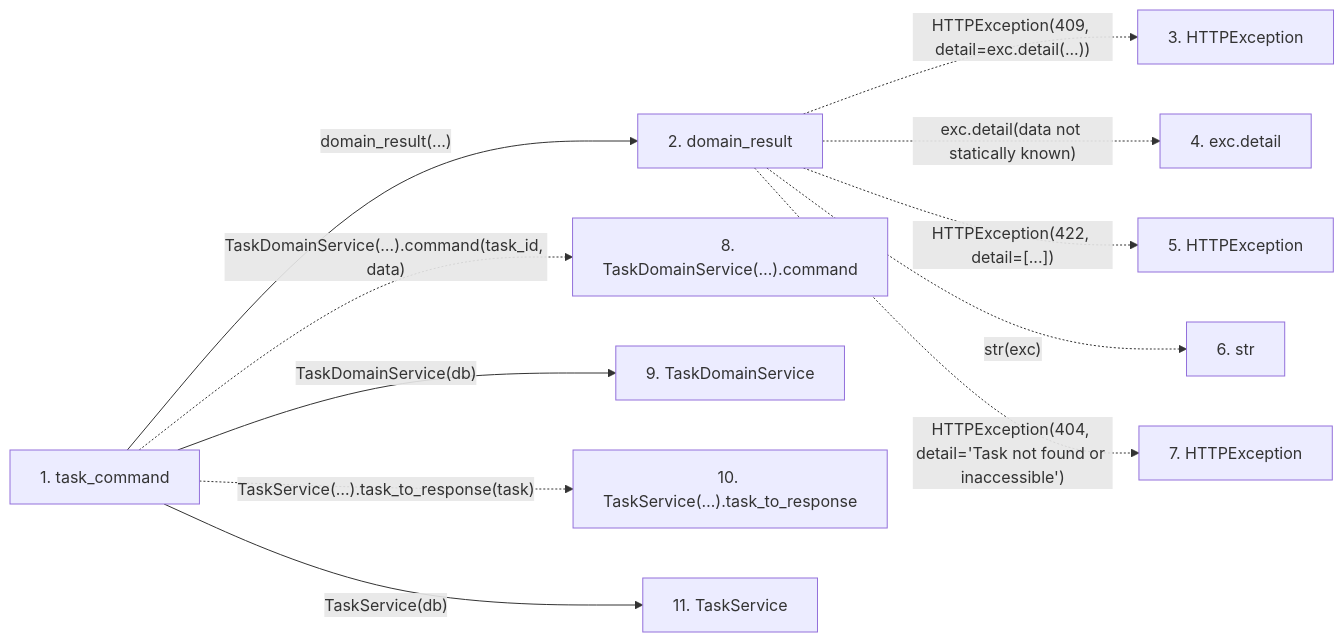
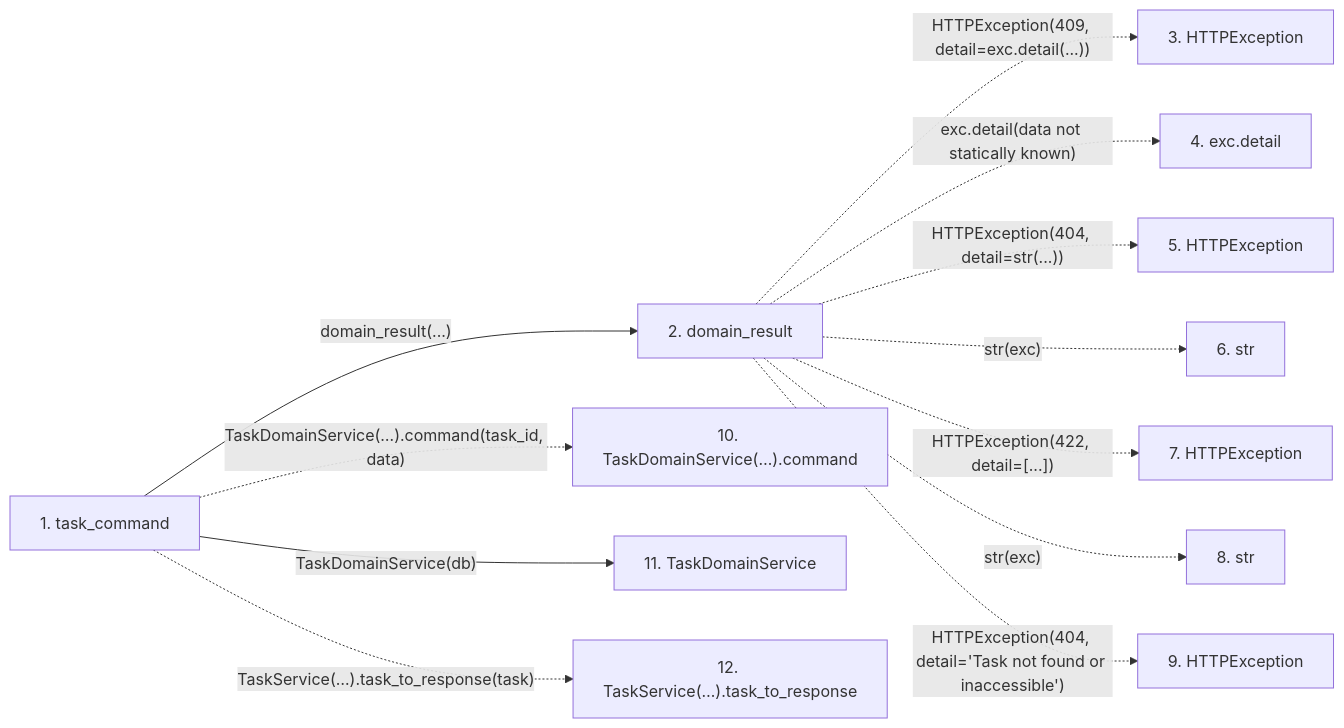
One commit to Denissvgn/WorkChord changed the second of 2 diagrams in docs/llm_wiki/flows/http-task_command.md. Above: the diagram before and after it, drawn with Mermaid. The commit also changed other lines of this file and 6624 other files, not shown here.

````diff
--- a/docs/llm_wiki/flows/http-task_command.md
+++ b/docs/llm_wiki/flows/http-task_command.md
@@ -36,28 +38,29 @@
 ```mermaid
 flowchart LR
     s1["1. task_command"]
     s2["2. domain_result"]
     s3["3. HTTPException"]
     s4["4. exc.detail"]
     s5["5. HTTPException"]
     s6["6. str"]
     s7["7. HTTPException"]
-    s8["8. TaskDomainService(…).command"]
-    s9["9. TaskDomainService"]
-    s10["10. TaskService(…).task_to_response"]
-    s11["11. TaskService"]
+    s8["8. str"]
+    s9["9. HTTPException"]
+    s10["10. TaskDomainService(…).command"]
+    s11["11. TaskDomainService"]
+    s12["12. TaskService(…).task_to_response"]
     s1 -->|"domain_result(...)"| s2
     s2 -. "HTTPException(409, detail=exc.detail(...))" .-> s3
     s2 -. "exc.detail(data not statically known)" .-> s4
-    s2 -. "HTTPException(422, detail=[...])" .-> s5
+    s2 -. "HTTPException(404, detail=str(...))" .-> s5
     s2 -. "str(exc)" .-> s6
-    s2 -. "HTTPException(404, detail='Task not found or inaccessible')" .-> s7
-    s1 -. "TaskDomainService(…).command(task_id, data)" .-> s8
-    s1 -->|"TaskDomainService(db)"| s9
-    s1 -. "TaskService(…).task_to_response(task)" .-> s10
-    s1 -->|"TaskService(db)"| s11
+    s2 -. "HTTPException(422, detail=[...])" .-> s7
+    s2 -. "str(exc)" .-> s8
+    s2 -. "HTTPException(404, detail='Task not found or inaccessible')" .-> s9
+    s1 -. "TaskDomainService(…).command(task_id, data)" .-> s10
+    s1 -->|"TaskDomainService(db)"| s11
+    s1 -. "TaskService(…).task_to_response(task)" .-> s12
     click s1 "../modules/routers_task_domain.md"
     click s2 "../modules/routers_task_domain.md"
-    click s9 "../modules/task_domain_service.md"
-    click s11 "../modules/task_service.md"
+    click s11 "../modules/task_domain_service.md"
 ```
````
